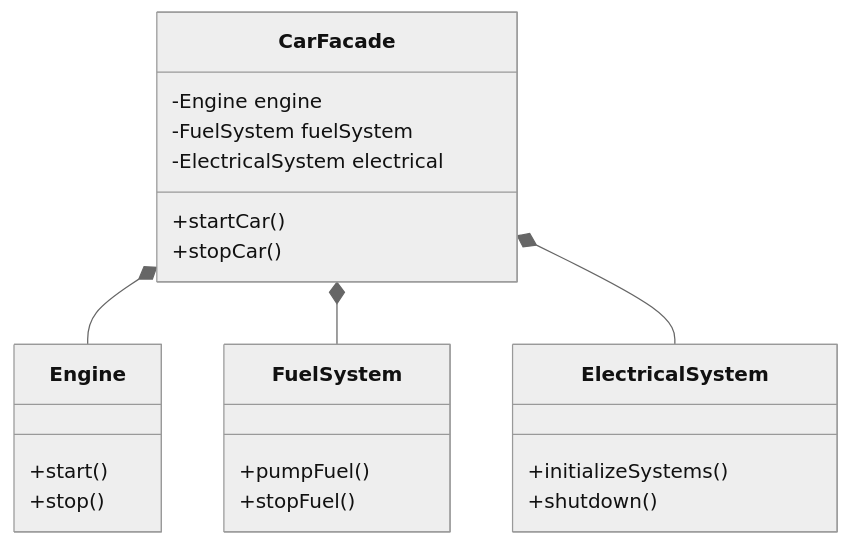
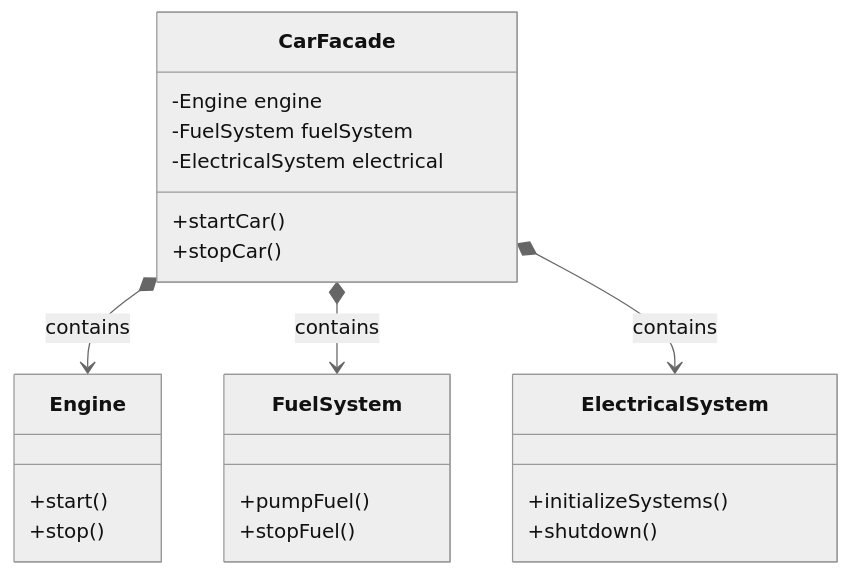
One commit to TechFille006/OOP changed the fourth of 8 diagrams in design_patterns.md. Above: the diagram before and after it, drawn with Mermaid (neutral theme). The commit also changed other lines of this file, not shown here.

````diff
--- a/design_patterns.md
+++ b/design_patterns.md
@@ -123,25 +123,25 @@
 ```mermaid
 classDiagram
     class CarFacade {
         -Engine engine
         -FuelSystem fuelSystem
         -ElectricalSystem electrical
         +startCar()
         +stopCar()
     }
     class Engine {
         +start()
         +stop()
     }
     class FuelSystem {
         +pumpFuel()
         +stopFuel()
     }
     class ElectricalSystem {
         +initializeSystems()
         +shutdown()
     }
-    CarFacade *-- Engine
-    CarFacade *-- FuelSystem
-    CarFacade *-- ElectricalSystem
+    CarFacade *--> Engine : contains
+    CarFacade *--> FuelSystem : contains
+    CarFacade *--> ElectricalSystem : contains
 ```
````
